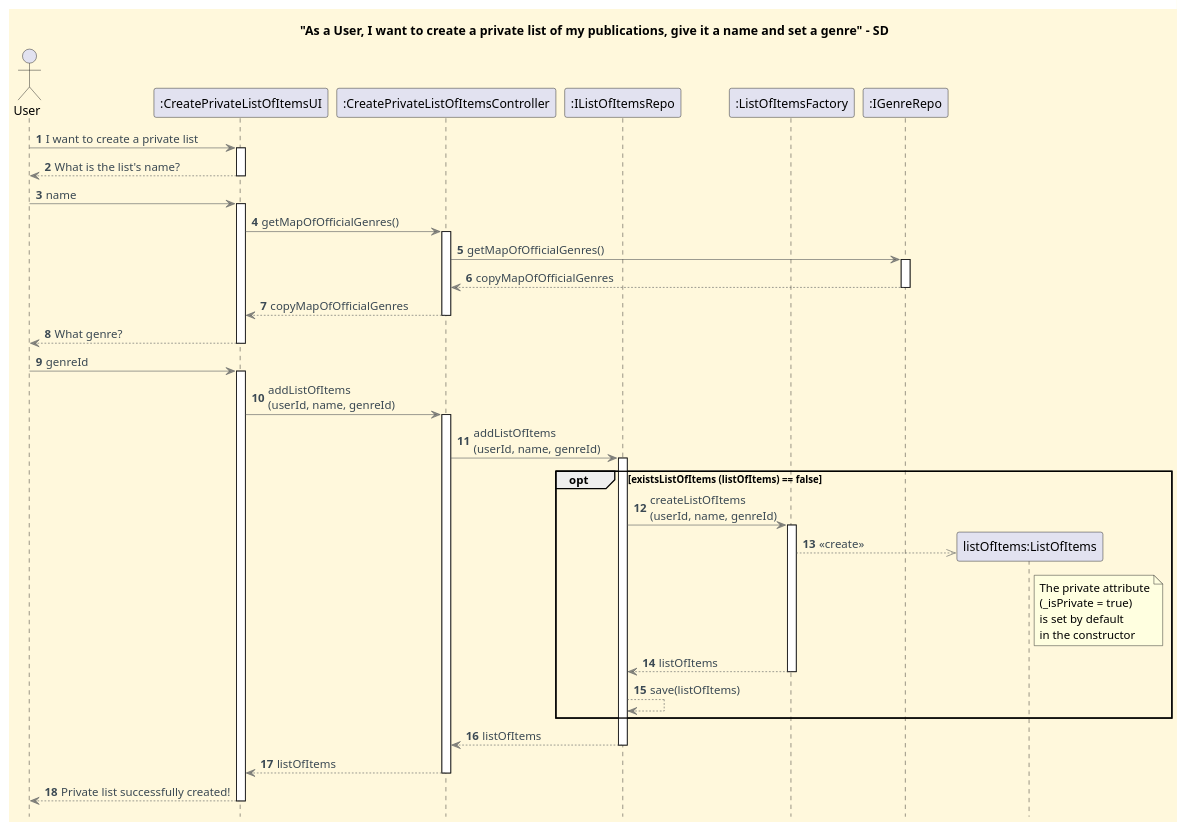
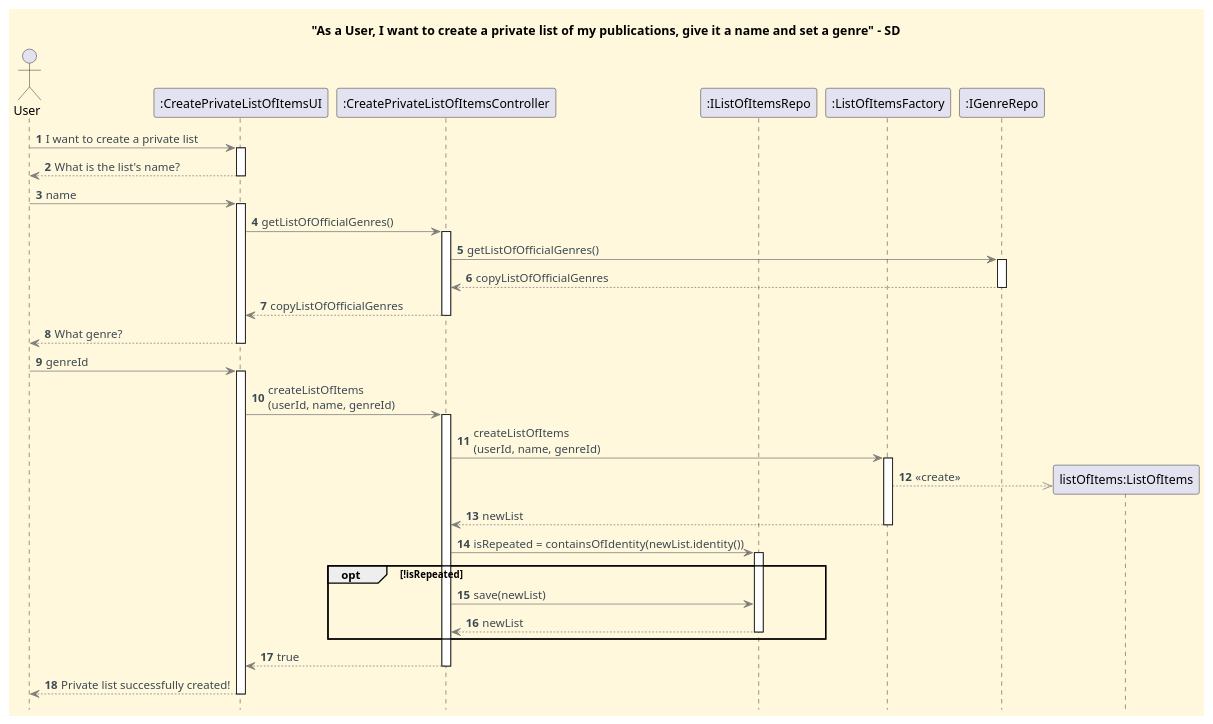
Before and after one commit to CarolinaLeite-collab/JavaMarketplacePlatform: the diagram in docs/functionalities/user/create-private-list-of-my-publications/To_Create_A_Private_List_Of_My_Publications_SD.puml, drawn with PlantUML. The commit also changed 1 other file, not shown here.

Commit message:
task: design update to CreateAPrivateList funtionality diagrams, #615

```diff
--- a/docs/functionalities/user/create-private-list-of-my-publications/To_Create_A_Private_List_Of_My_Publications_SD.puml
+++ b/docs/functionalities/user/create-private-list-of-my-publications/To_Create_A_Private_List_Of_My_Publications_SD.puml
@@ -1,85 +1,77 @@
 @startuml
 hide footbox
 title "As a User, I want to create a private list of my publications, give it a name and set a genre" - SD
 
 '==== basic style ===='
 skinparam monochrome false
 skinparam shadowing false
 skinparam defaultFontName Futura
 skinparam objectFontSize 20
 skinparam backgroundColor CornSilk
 skinparam objectBackgroundColor WhiteSmoke
 skinparam noteBackgroundColor #FFFFE0
 skinparam ArrowFontColor #3B4953
 skinparam ArrowColor #57595BAA
 
 autonumber
 autoactivate off
 
 '==== Actor and Participants ===='
 actor "User"
 
 participant ":CreatePrivateListOfItemsUI" as UI
 participant ":CreatePrivateListOfItemsController" as CTL
 participant ":IListOfItemsRepo" as IRepo
 participant ":ListOfItemsFactory" as Factory
 participant ":IGenreRepo" as IGenreRepo
 
 '==== UI interaction ===='
 "User" -> UI: I want to create a private list
 activate UI
 
 "User" <-- UI: What is the list's name?
 deactivate UI
 "User" -> UI: name
 activate UI
 
-UI -> CTL: getMapOfOfficialGenres()
+UI -> CTL: getListOfOfficialGenres()
 activate CTL
-CTL -> IGenreRepo: getMapOfOfficialGenres()
+CTL -> IGenreRepo: getListOfOfficialGenres()
 activate IGenreRepo
-CTL <-- IGenreRepo: copyMapOfOfficialGenres
+CTL <-- IGenreRepo: copyListOfOfficialGenres
 deactivate IGenreRepo
-UI <-- CTL: copyMapOfOfficialGenres
+UI <-- CTL: copyListOfOfficialGenres
 deactivate CTL
 
 "User" <-- UI: What genre?
 deactivate UI
 "User" -> UI: genreId
 activate UI
 
 '==== Use case execution ===='
-UI -> CTL: addListOfItems\n(userId, name, genreId)
+UI -> CTL: createListOfItems\n(userId, name, genreId)
 activate CTL
-CTL -> IRepo: addListOfItems\n(userId, name, genreId)
+CTL -> Factory: createListOfItems\n(userId, name, genreId)
+activate Factory
+create "listOfItems:ListOfItems" as listOfItems
+Factory -->> listOfItems: <<create>>
+Factory --> CTL : newList
+deactivate Factory
+
+' Orchestration of duplicate check and persistence
+CTL -> IRepo : isRepeated = containsOfIdentity(newList.identity())
 activate IRepo
 
-
-    opt existsListOfItems (listOfItems) == false
-
-        IRepo -> Factory: createListOfItems\n(userId, name, genreId)
-        activate Factory
-
-        create "listOfItems:ListOfItems" as listOfItems
-        Factory -->> listOfItems: <<create>>
-        note right of listOfItems
-                  The private attribute
-                  (_isPrivate = true)
-                  is set by default
-                  in the constructor
-              end note
-        Factory --> IRepo: listOfItems
-        deactivate Factory
-        IRepo --> IRepo: save(listOfItems)
-
-    end
+opt !isRepeated
+    CTL -> IRepo: save(newList)
+    IRepo --> CTL: newList
+    deactivate IRepo
+end
 
 
-IRepo --> CTL: listOfItems
-deactivate IRepo
-UI <-- CTL: listOfItems
+UI <-- CTL: true
 deactivate CTL
 "User" <-- UI: Private list successfully created!
 deactivate UI
 
 @enduml
```
